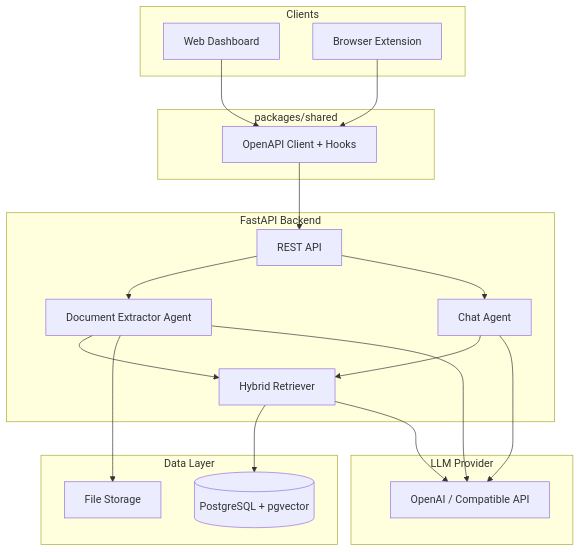
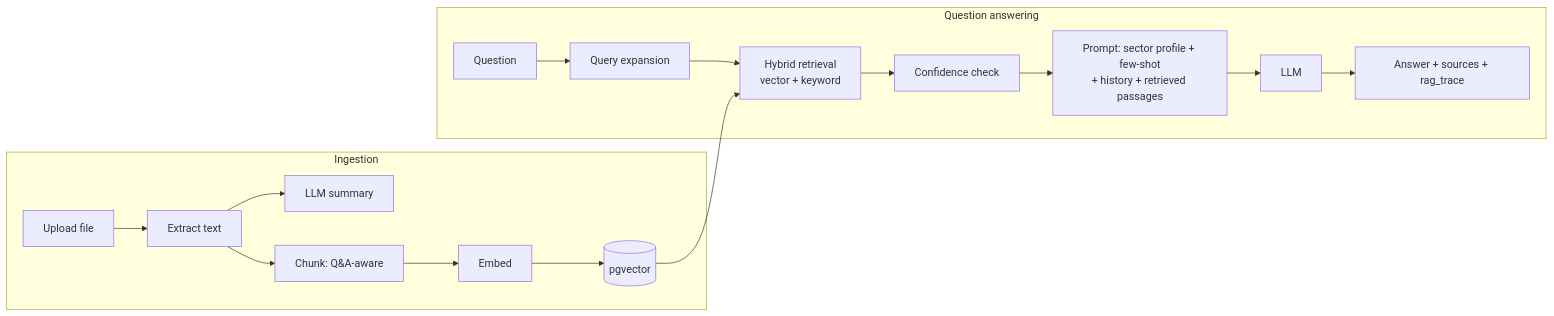
The diagram in README.md (SerDimitris/rag-agents-tools), drawn with Mermaid before and after one commit. The commit also changed other lines of this file and 29 other files, not shown here.

````diff
--- a/README.md
+++ b/README.md
@@ -38,40 +332,14 @@
 ```mermaid
-flowchart TB
-    subgraph clients [Clients]
-        Web[Web Dashboard]
-        Ext[Browser Extension]
+flowchart LR
+    subgraph Ingestion
+        U[Upload file] --> T[Extract text] --> S[LLM summary]
+        T --> C[Chunk: Q&A-aware] --> E[Embed] --> V[(pgvector)]
     end
-
-    subgraph shared [packages/shared]
-        SDK[OpenAPI Client + Hooks]
+    subgraph Question answering
+        Q[Question] --> X[Query expansion] --> R[Hybrid retrieval<br/>vector + keyword]
+        V --> R
+        R --> K[Confidence check]
+        K --> P[Prompt: sector profile + few-shot<br/>+ history + retrieved passages]
+        P --> L[LLM] --> A[Answer + sources + rag_trace]
     end
-
-    subgraph backend [FastAPI Backend]
-        API[REST API]
-        Extractor[Document Extractor Agent]
-        Retriever[Hybrid Retriever]
-        Chatbot[Chat Agent]
-    end
-
-    subgraph data [Data Layer]
-        PG[(PostgreSQL + pgvector)]
-        FS[File Storage]
-    end
-
-    subgraph llm [LLM Provider]
-        OpenAI[OpenAI / Compatible API]
-    end
-
-    Web --> SDK
-    Ext --> SDK
-    SDK --> API
-    API --> Extractor
-    API --> Chatbot
-    Extractor --> Retriever
-    Chatbot --> Retriever
-    Retriever --> PG
-    Extractor --> FS
-    Extractor --> OpenAI
-    Retriever --> OpenAI
-    Chatbot --> OpenAI
 ```
````
